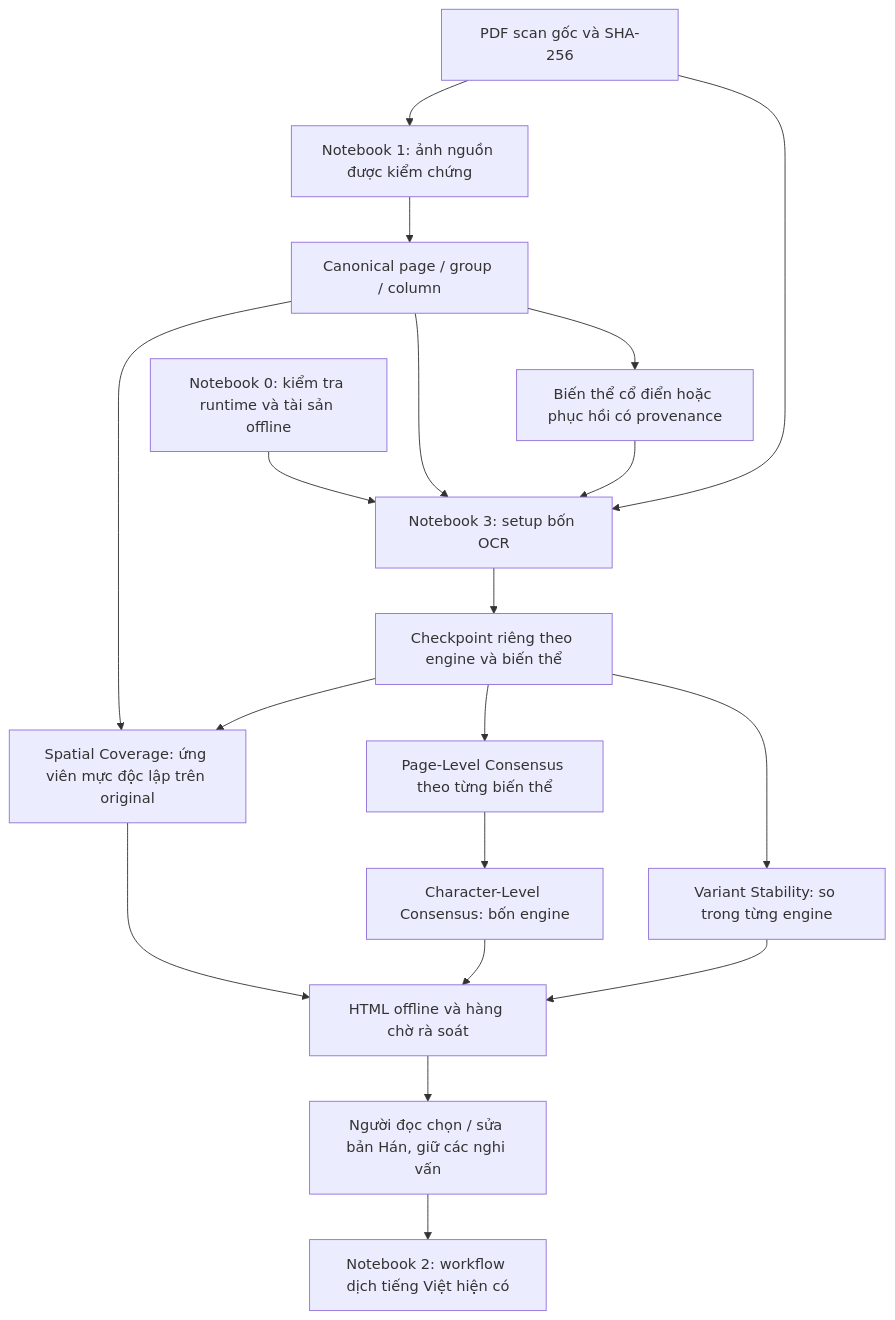
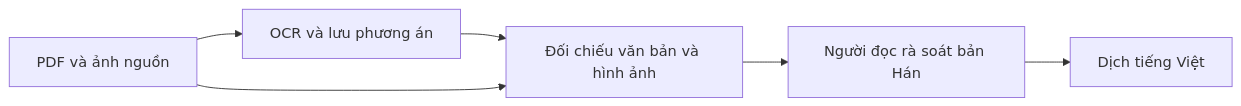
The diagram in docs/README.md (nthday-jpg/chinese-vietnamese-vtm-corpus), drawn with Mermaid before and after one commit. The commit also changed other lines of this file and 22 other files, not shown here.

````diff
--- a/docs/README.md
+++ b/docs/README.md
@@ -27,21 +16,8 @@
 ```mermaid
-flowchart TD
-    A[Notebook 0: kiểm tra runtime và tài sản offline] --> B[Notebook 3: setup bốn OCR]
-    P[PDF scan gốc và SHA-256] --> Q[Notebook 1: ảnh nguồn được kiểm chứng]
-    Q --> C[Canonical page / group / column]
-    C --> D[Biến thể cổ điển hoặc phục hồi có provenance]
-    C --> S[Spatial Coverage: ứng viên mực độc lập trên original]
-    C --> B
-    D --> B
-    P --> B
-    B --> E[Checkpoint riêng theo engine và biến thể]
-    E --> F[Page-Level Consensus theo từng biến thể]
-    F --> G[Character-Level Consensus: bốn engine]
-    E --> V[Variant Stability: so trong từng engine]
-    E --> S
-    S --> H[HTML offline và hàng chờ rà soát]
-    G --> H
-    V --> H
-    H --> I[Người đọc chọn / sửa bản Hán, giữ các nghi vấn]
-    I --> T[Notebook 2: workflow dịch tiếng Việt hiện có]
+flowchart LR
+    A[PDF và ảnh nguồn] --> B[OCR và lưu phương án]
+    B --> C[Đối chiếu văn bản và hình ảnh]
+    A --> C
+    C --> D[Người đọc rà soát bản Hán]
+    D --> E[Dịch tiếng Việt]
 ```
````
